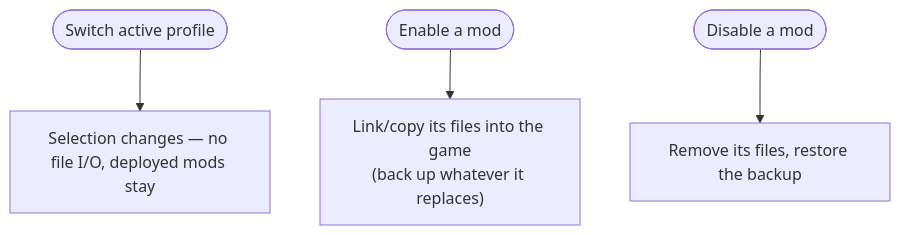
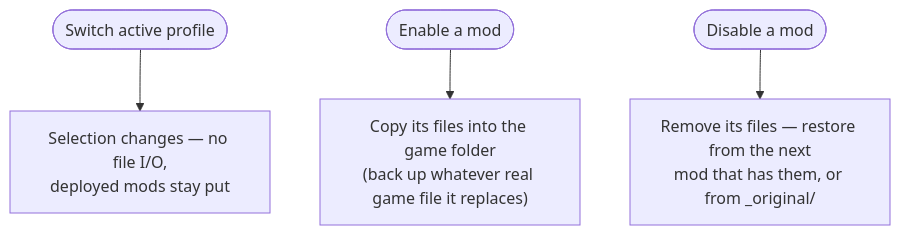
Before and after one commit to FreeProject089/BMM-Docs: the first of 3 diagrams in docs/how-it-works/profiles-activation.md, drawn with Mermaid. The commit also changed other lines of this file and 7 other files, not shown here.

````diff
--- a/docs/how-it-works/profiles-activation.md
+++ b/docs/how-it-works/profiles-activation.md
@@ -16,6 +35,6 @@
 ```mermaid
 flowchart TB
-    SW([Switch active profile]) --> PTR["Selection changes — no file I/O, deployed mods stay"]
-    EN([Enable a mod]) --> DEPLOY["Link/copy its files into the game<br/>(back up whatever it replaces)"]
-    DIS([Disable a mod]) --> REMOVE["Remove its files, restore the backup"]
+    SW([Switch active profile]) --> PTR["Selection changes — no file I/O,<br/>deployed mods stay put"]
+    EN([Enable a mod]) --> DEPLOY["Copy its files into the game folder<br/>(back up whatever real game file it replaces)"]
+    DIS([Disable a mod]) --> REMOVE["Remove its files — restore from the next<br/>mod that has them, or from _original/"]
 ```
````
